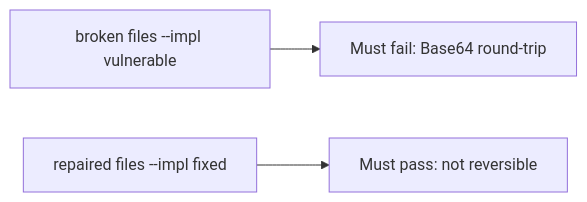
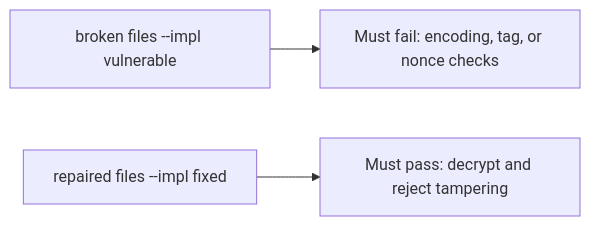
The diagram in content/modules/5/5.2/lessons/05-verify.md (ishitvagoel/LearnSecurity), drawn with Mermaid before and after one commit. The commit also changed other lines of this file and 86 other files, not shown here.

````diff
--- a/content/modules/5/5.2/lessons/05-verify.md
+++ b/content/modules/5/5.2/lessons/05-verify.md
@@ -14,5 +14,5 @@
 ```mermaid
 flowchart LR
-  V["broken files --impl vulnerable"] --> F[Must fail: Base64 round-trip]
-  X["repaired files --impl fixed"] --> P[Must pass: not reversible]
+  V["broken files --impl vulnerable"] --> F[Must fail: encoding, tag, or nonce checks]
+  X["repaired files --impl fixed"] --> P[Must pass: decrypt and reject tampering]
 ```
````
